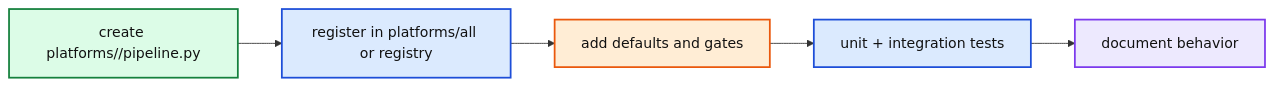
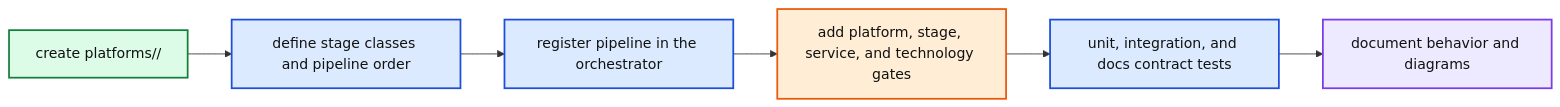
Before and after one commit to reshinto/social-research-probe: the diagram in docs/diagrams/src/add_platform_flow.mmd, drawn with Mermaid. The commit also changed 49 other files, not shown here.

```diff
--- a/docs/diagrams/src/add_platform_flow.mmd
+++ b/docs/diagrams/src/add_platform_flow.mmd
@@ -1,15 +1,19 @@
 %%{init: {"theme":"base","themeVariables":{"background":"#ffffff","mainBkg":"#ffffff","primaryTextColor":"#111111","lineColor":"#333333","fontFamily":"Arial, sans-serif","clusterBkg":"#ffffff","clusterBorder":"#d0d7de"}}}%%
 flowchart LR
-  Create["create platforms/<name>/pipeline.py"] --> Register["register in platforms/all or registry"] --> Config["add defaults and gates"] --> Tests["unit + integration tests"] --> Docs["document behavior"]
+  Create["create platforms/<name>/"] --> Stages["define stage classes and pipeline order"]
+  Stages --> Register["register pipeline in the orchestrator"]
+  Register --> Config["add platform, stage, service, and technology gates"]
+  Config --> Tests["unit, integration, and docs contract tests"]
+  Tests --> Docs["document behavior and diagrams"]
 
   classDef input fill:#dcfce7,stroke:#15803d,color:#111111,stroke-width:2px;
   classDef process fill:#dbeafe,stroke:#1d4ed8,color:#111111,stroke-width:2px;
   classDef analysis fill:#fef3c7,stroke:#d97706,color:#111111,stroke-width:2px;
   classDef external fill:#ccfbf1,stroke:#0f766e,color:#111111,stroke-width:2px;
   classDef output fill:#ede9fe,stroke:#7c3aed,color:#111111,stroke-width:2px;
   classDef config fill:#ffedd5,stroke:#ea580c,color:#111111,stroke-width:2px;
   classDef risk fill:#fee2e2,stroke:#dc2626,color:#111111,stroke-width:2px;
   class Create input;
-  class Register,Tests process;
+  class Stages,Register,Tests process;
   class Config config;
   class Docs output;
```
